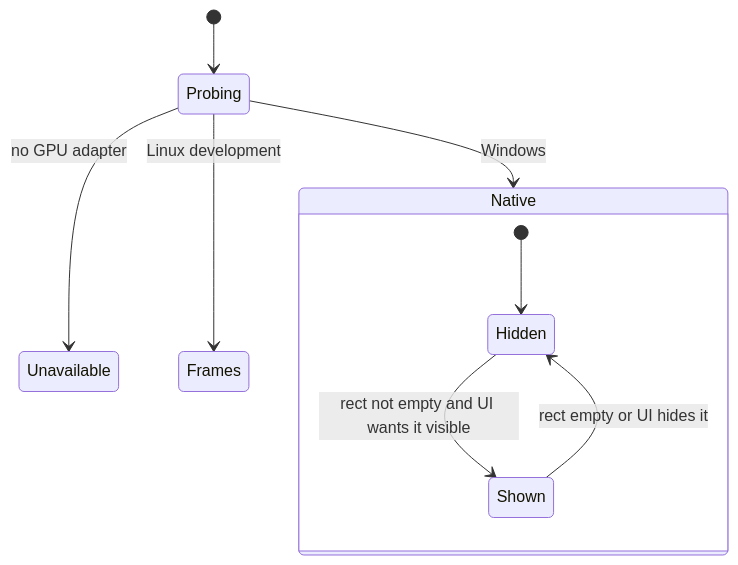
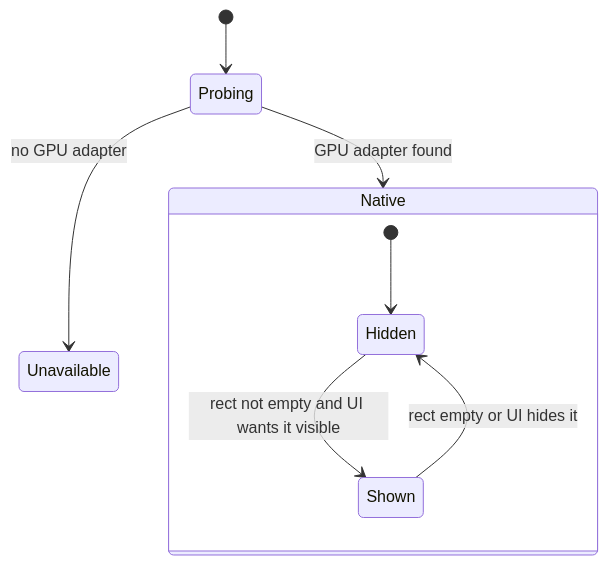
Before and after one commit to emicon123/cutframe: the seventh of 7 diagrams in docs/architecture.md, drawn with Mermaid. The commit also changed other lines of this file and 19 other files, not shown here.

First line of the commit message:
ci: drop the Linux ARM64 job and make Windows the only platform

````diff
--- a/docs/architecture.md
+++ b/docs/architecture.md
@@ -160,12 +161,11 @@
 ```mermaid
 stateDiagram-v2
   [*] --> Probing
   Probing --> Unavailable: no GPU adapter
-  Probing --> Native: Windows
-  Probing --> Frames: Linux development
+  Probing --> Native: GPU adapter found
   state Native {
     [*] --> Hidden
     Hidden --> Shown: rect not empty and UI wants it visible
     Shown --> Hidden: rect empty or UI hides it
   }
 ```
````
